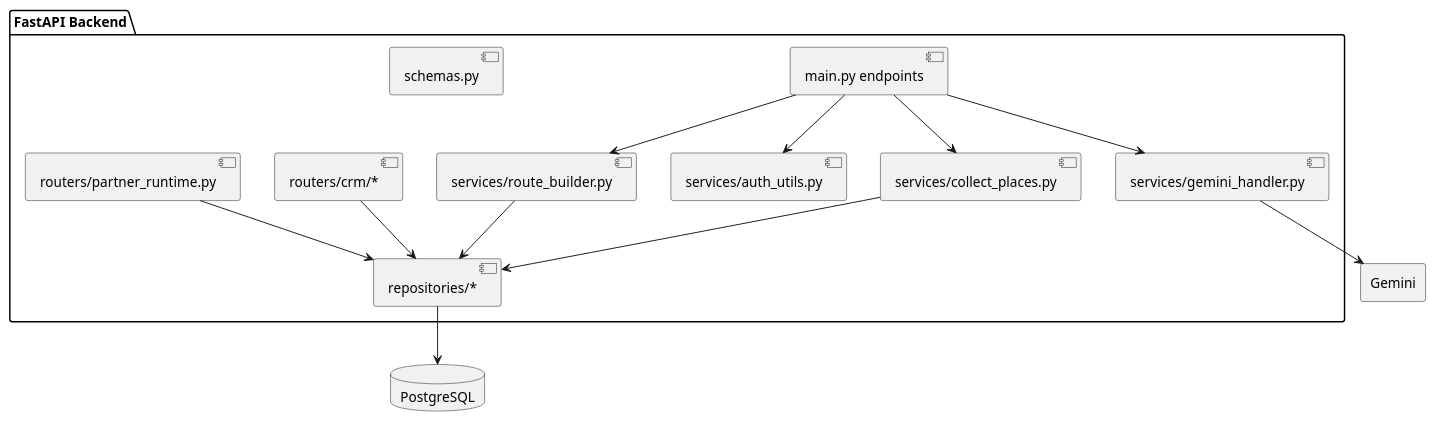
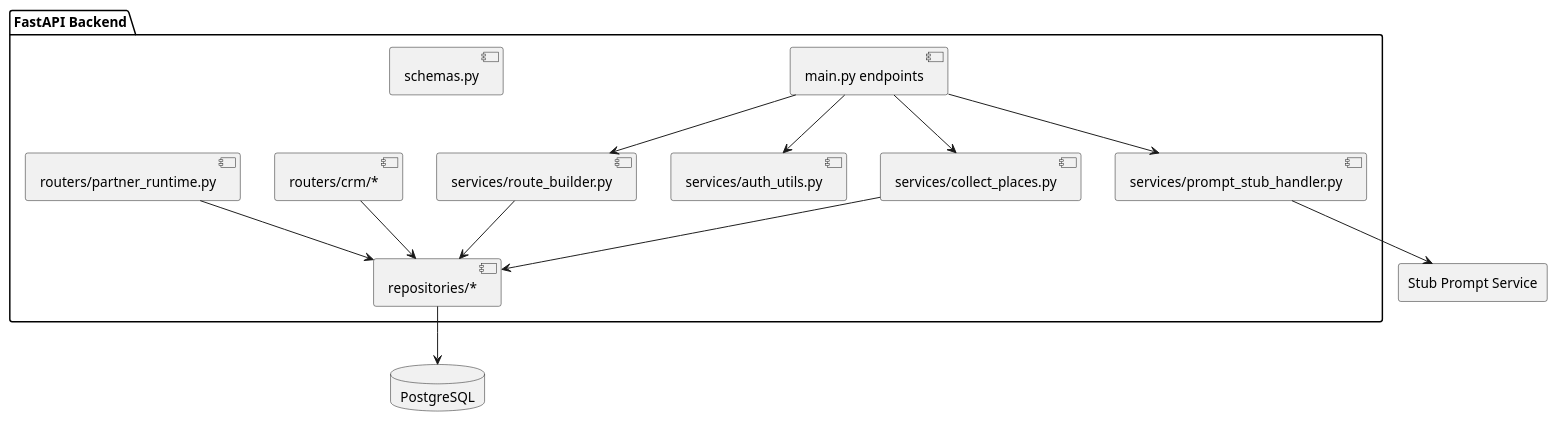
One commit to ArtiomVlasov/trip-planner changed the diagram in docs/uml/backendComponent.puml. Above: the diagram before and after it, drawn with PlantUML. The commit also changed 33 other files, not shown here.

```diff
--- a/docs/uml/backendComponent.puml
+++ b/docs/uml/backendComponent.puml
@@ -1,32 +1,32 @@
 @startuml
 package "FastAPI Backend" {
     [main.py endpoints] as R1
     [routers/crm/*] as R2
     [routers/partner_runtime.py] as R3
 
-    [services/gemini_handler.py] as S1
+    [services/prompt_stub_handler.py] as S1
     [services/collect_places.py] as S2
     [services/route_builder.py] as S3
     [services/auth_utils.py] as S4
 
     [repositories/*] as REPO
     [schemas.py] as SCH
 }
 
 database "PostgreSQL" as DB
-rectangle "Gemini" as AI
+rectangle "Stub Prompt Service" as AI
 
 R1 --> S1
 R1 --> S2
 R1 --> S3
 R1 --> S4
 
 R2 --> REPO
 R3 --> REPO
 
 S2 --> REPO
 S3 --> REPO
 
 REPO --> DB
 S1 --> AI
 @enduml
```
